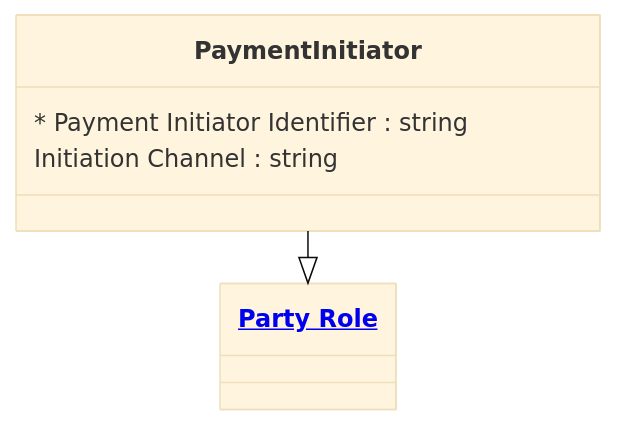
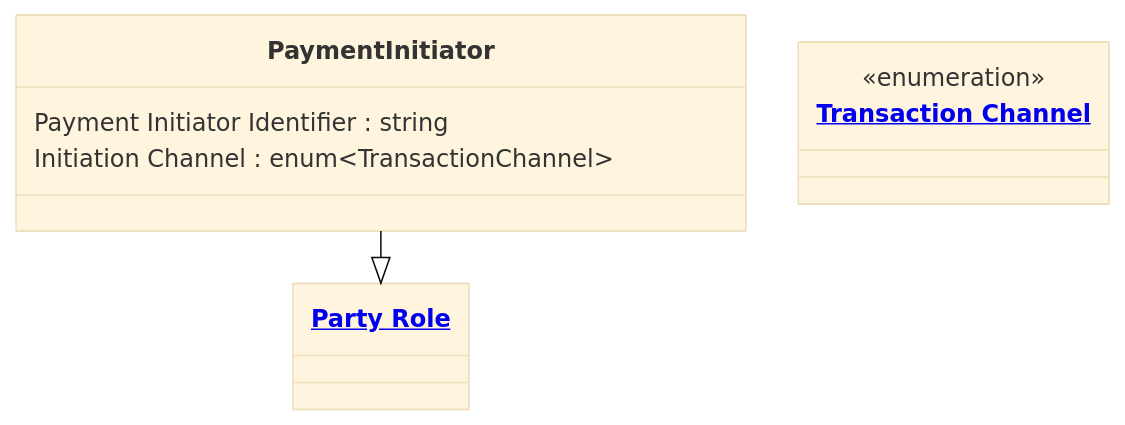
Before and after one commit to Semprini/md-ddl: the diagram in examples/Financial Crime/entities/payment_initiator.md, drawn with Mermaid (base theme). The commit also changed other lines of this file and 40 other files, not shown here.

First line of the commit message:
Repair Financial Crime example to meet its own standard (domain 2.0.0)

````diff
--- a/examples/Financial Crime/entities/payment_initiator.md
+++ b/examples/Financial Crime/entities/payment_initiator.md
@@ -9,15 +9,16 @@
 ```mermaid
 ---
 config:
   layout: elk
 ---
 classDiagram
   class PaymentInitiator{
-    * Payment Initiator Identifier : string
-    Initiation Channel : string
+    Payment Initiator Identifier : string
+    Initiation Channel : enum~TransactionChannel~
   }
 
   PaymentInitiator --|> PartyRole
 
+  class TransactionChannel["<a href='https://github.com/Semprini/md-ddl/blob/main/examples/Financial%20Crime/enums.md#transaction-channel'>Transaction Channel</a>"]{<<enumeration>>}
   class PartyRole["<a href='https://github.com/Semprini/md-ddl/blob/main/examples/Financial%20Crime/entities/party_role.md'>Party Role</a>"]
 ```
````
